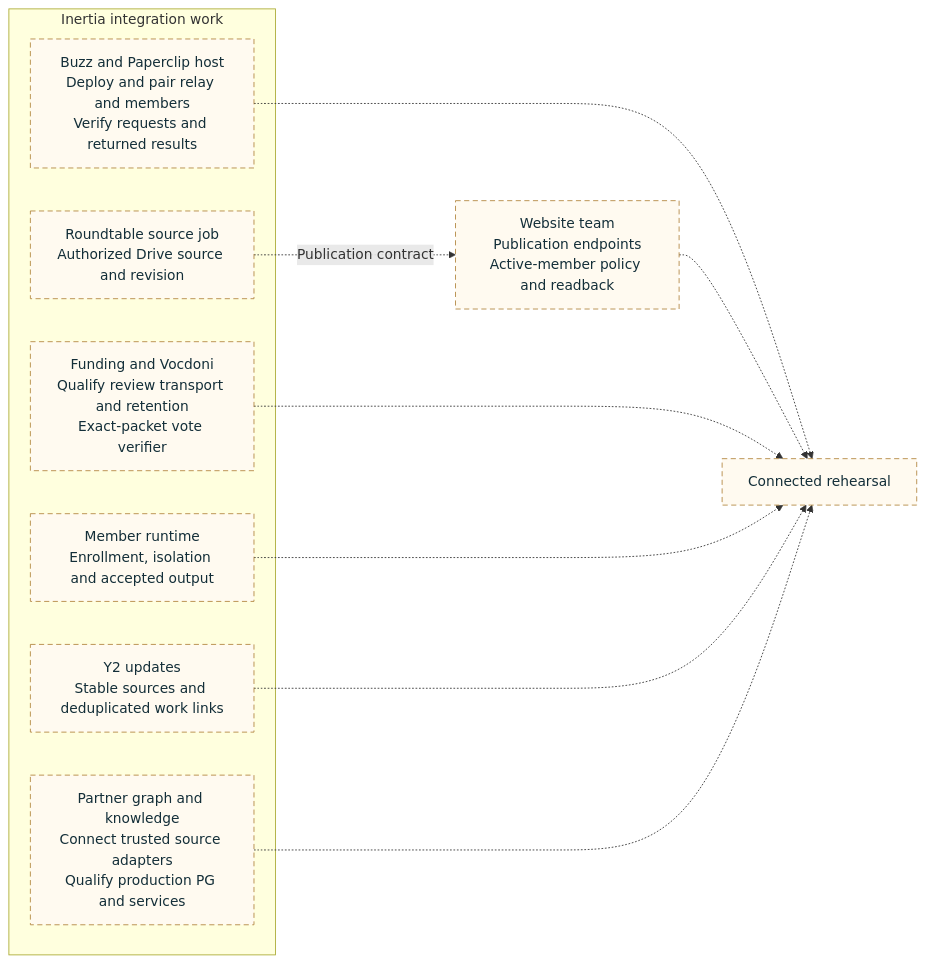
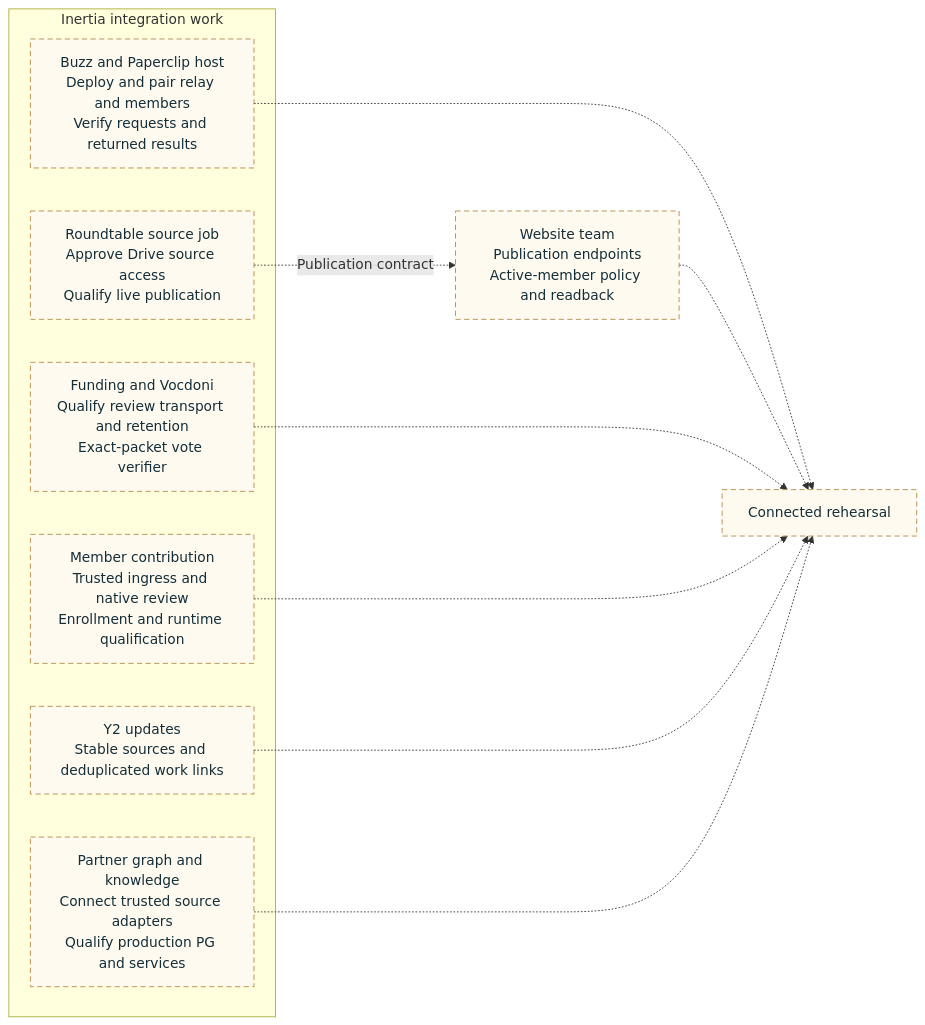
One commit to NetRxn/Inertia changed the diagram in docs/architecture/diagrams/dependency-roadmap.mmd. Above: the diagram before and after it, drawn with Mermaid. The commit also changed 24 other files, not shown here.

```diff
--- a/docs/architecture/diagrams/dependency-roadmap.mmd
+++ b/docs/architecture/diagrams/dependency-roadmap.mmd
@@ -1,23 +1,23 @@
 flowchart LR
  subgraph Inertia[Inertia integration work]
  B["Buzz and Paperclip host<br/>Deploy and pair relay and members<br/>Verify requests and returned results"]
- R["Roundtable source job<br/>Authorized Drive source and revision"]
+ R["Roundtable source job<br/>Approve Drive source access<br/>Qualify live publication"]
  G["Funding and Vocdoni<br/>Qualify review transport and retention<br/>Exact-packet vote verifier"]
- C["Member runtime<br/>Enrollment, isolation and accepted output"]
+ C["Member contribution<br/>Trusted ingress and native review<br/>Enrollment and runtime qualification"]
  Y["Y2 updates<br/>Stable sources and deduplicated work links"]
  K["Partner graph and knowledge<br/>Connect trusted source adapters<br/>Qualify production PG and services"]
  end
  W["Website team<br/>Publication endpoints<br/>Active-member policy and readback"]
  R -.->|Publication contract| W
  B -.-> DEMO["Connected rehearsal"]
  W -.-> DEMO
  G -.-> DEMO
  C -.-> DEMO
  Y -.-> DEMO
  K -.-> DEMO
  class B,R,G,C,Y,K,W,DEMO planned
 
  classDef core fill:#e7f1ee,stroke:#157d80,color:#132e38,stroke-width:2px
  classDef planned fill:#fffaf0,stroke:#b1853e,color:#132e38,stroke-dasharray:6 4
  classDef reviewed fill:#f5f0ff,stroke:#8064a2,color:#132e38
  classDef store fill:#edf2f7,stroke:#61788b,color:#132e38
```
